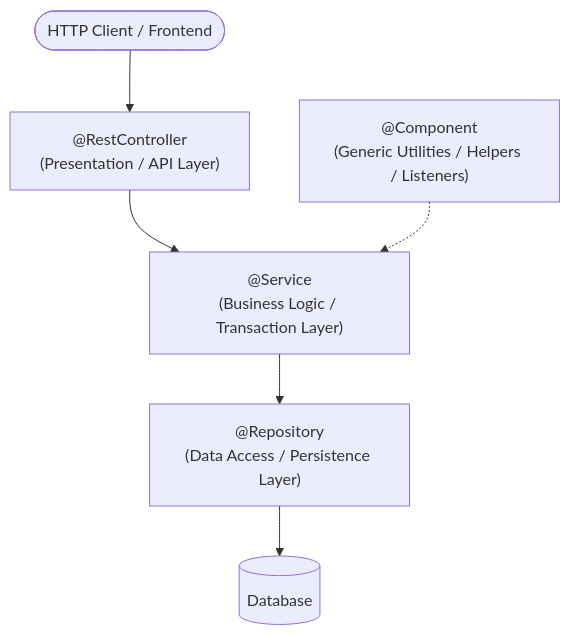
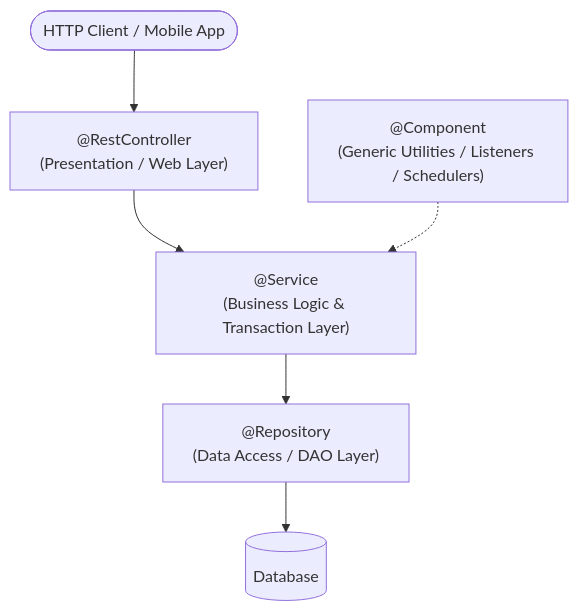
Before and after one commit to rohithgowda18/Notes: the fourth of 23 diagrams in 06-Java-and-Spring-Boot/Spring Boot Interview Guide.md, drawn with Mermaid. The commit also changed other lines of this file, not shown here.

````diff
--- a/06-Java-and-Spring-Boot/Spring Boot Interview Guide.md
+++ b/06-Java-and-Spring-Boot/Spring Boot Interview Guide.md
@@ -211,13 +220,9 @@
 ```mermaid
 flowchart TD
-    Client(["HTTP Client / Frontend"]) --> Controller["@RestController
-(Presentation / API Layer)"]
-    Controller --> Service["@Service
-(Business Logic / Transaction Layer)"]
-    Service --> Repo["@Repository
-(Data Access / Persistence Layer)"]
+    Client(["HTTP Client / Mobile App"]) --> Controller["@RestController<br/>(Presentation / Web Layer)"]
+    Controller --> Service["@Service<br/>(Business Logic & Transaction Layer)"]
+    Service --> Repo["@Repository<br/>(Data Access / DAO Layer)"]
     Repo --> DB[("Database")]
 
-    Component["@Component
-(Generic Utilities / Helpers / Listeners)"] -.-> Service
+    Component["@Component<br/>(Generic Utilities / Listeners / Schedulers)"] -.-> Service
 ```
````
